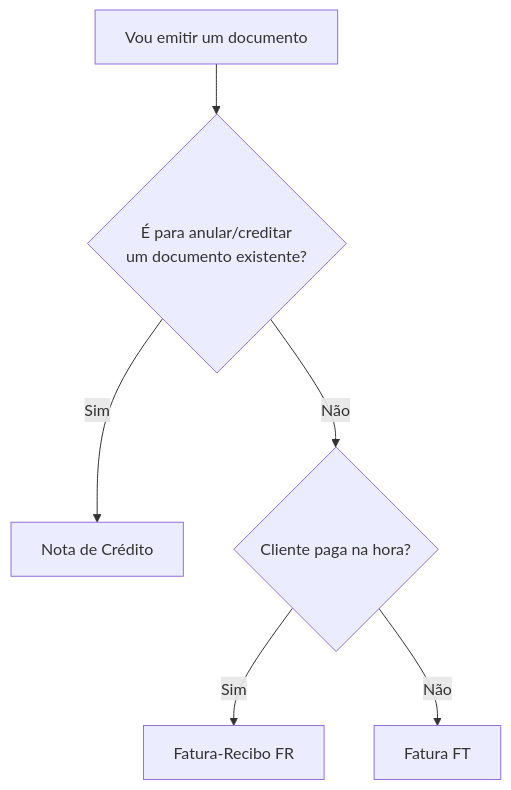
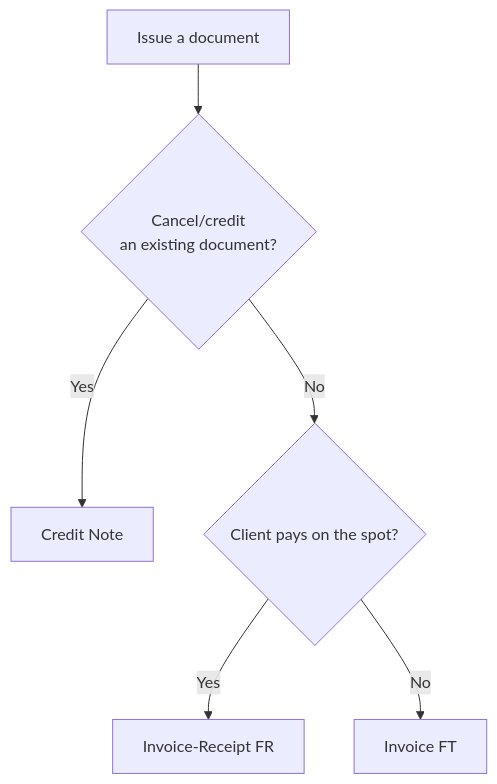
The diagram in docs/documents/index.md (bilouro/vendus-python), drawn with Mermaid before and after one commit. The commit also changed other lines of this file and 38 other files, not shown here.

````diff
--- a/docs/documents/index.md
+++ b/docs/documents/index.md
@@ -13,8 +13,8 @@
 ```mermaid
 flowchart TD
-    A[Vou emitir um documento] --> B{É para anular/creditar<br/>um documento existente?}
-    B -->|Sim| NC[Nota de Crédito]
-    B -->|Não| C{Cliente paga na hora?}
-    C -->|Sim| FR[Fatura-Recibo FR]
-    C -->|Não| FT[Fatura FT]
+    A[Issue a document] --> B{Cancel/credit<br/>an existing document?}
+    B -->|Yes| NC[Credit Note]
+    B -->|No| C{Client pays on the spot?}
+    C -->|Yes| FR[Invoice-Receipt FR]
+    C -->|No| FT[Invoice FT]
 ```
````
